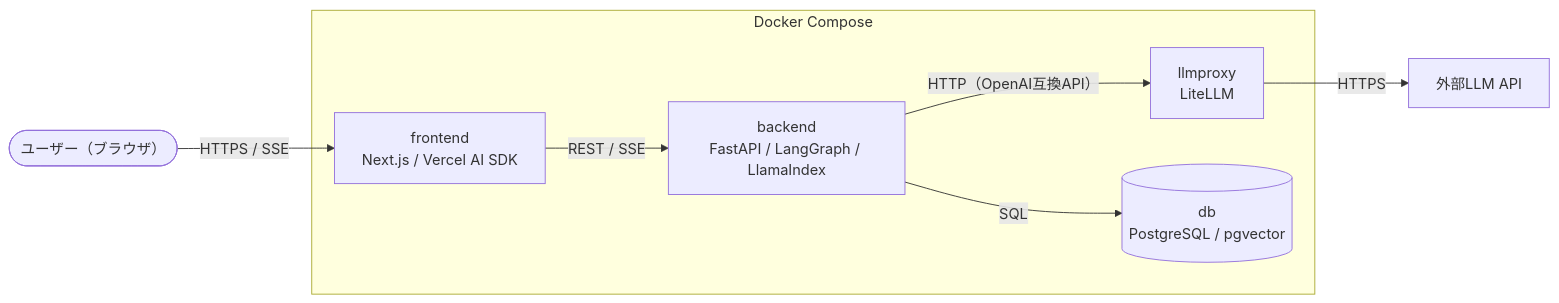
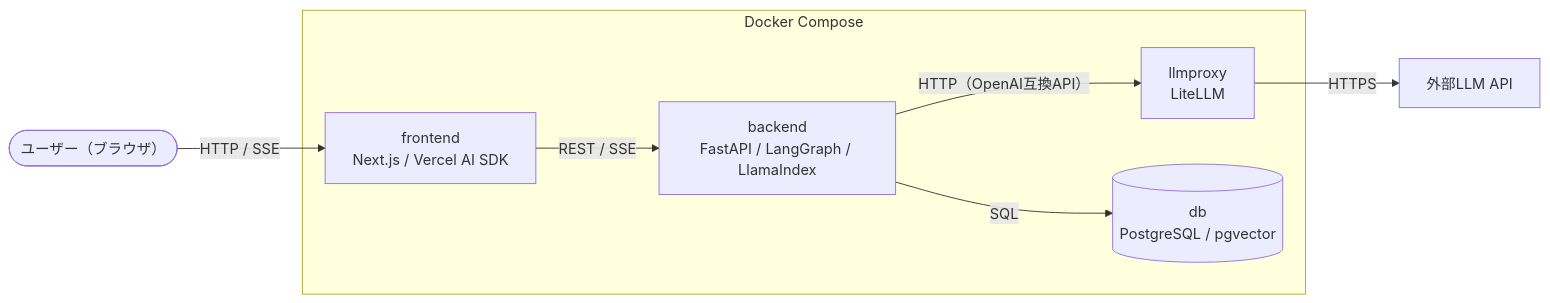
Before and after one commit to d-saitou/travel-agent-lab: the first of 4 diagrams in docs/design/architecture.md, drawn with Mermaid. The commit also changed other lines of this file and 1 other file, not shown here.

Commit message:
docs: HTTPS化は後日対応の制約追記

````diff
--- a/docs/design/architecture.md
+++ b/docs/design/architecture.md
@@ -5,19 +5,19 @@
 ```mermaid
 flowchart LR
   U(["ユーザー（ブラウザ）"])
 
   subgraph DC["Docker Compose"]
     FE["frontend<br/>Next.js / Vercel AI SDK"]
     BE["backend<br/>FastAPI / LangGraph / LlamaIndex"]
     LP["llmproxy<br/>LiteLLM"]
     DB[("db<br/>PostgreSQL / pgvector")]
   end
 
   EXT["外部LLM API"]
 
-  U -->|"HTTPS / SSE"| FE
+  U -->|"HTTP / SSE"| FE
   FE -->|"REST / SSE"| BE
   BE -->|"SQL"| DB
   BE -->|"HTTP（OpenAI互換API）"| LP
   LP -->|"HTTPS"| EXT
 ```
````
